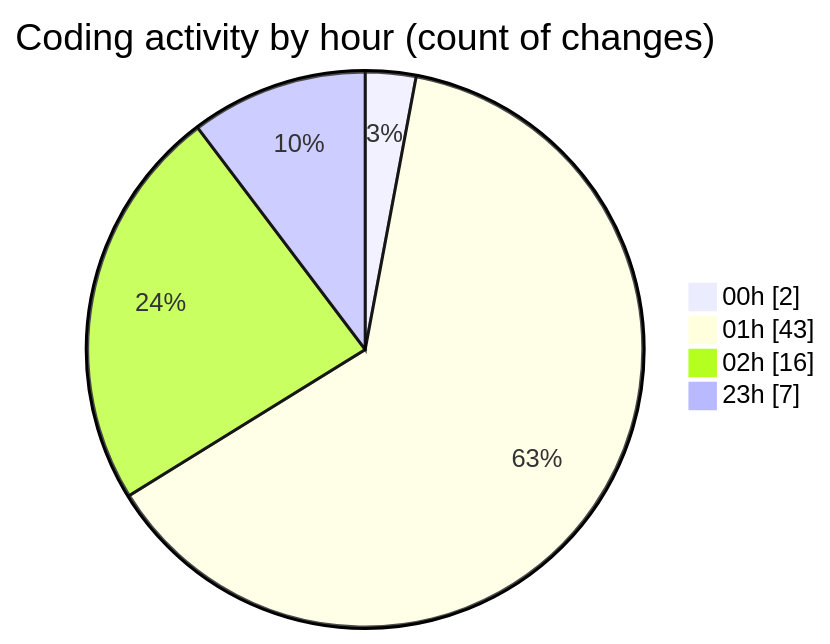
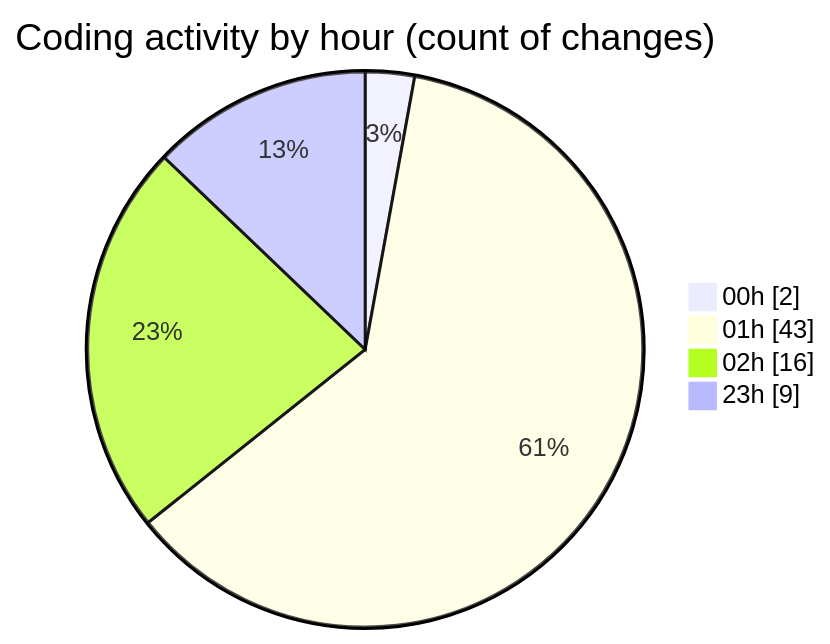
One commit to lephambinh05/code-tracking changed the second of 2 diagrams in 2025-07-16/nhahang/README.md. Above: the diagram before and after it, drawn with Mermaid. The commit also changed other lines of this file and 1 other file, not shown here.

````diff
--- a/2025-07-16/nhahang/README.md
+++ b/2025-07-16/nhahang/README.md
@@ -56,8 +56,8 @@
 ```mermaid
 pie showData
 title Coding activity by hour (count of changes)
 "00h" : 2
 "01h" : 43
 "02h" : 16
-"23h" : 7
+"23h" : 9
 ```
````
